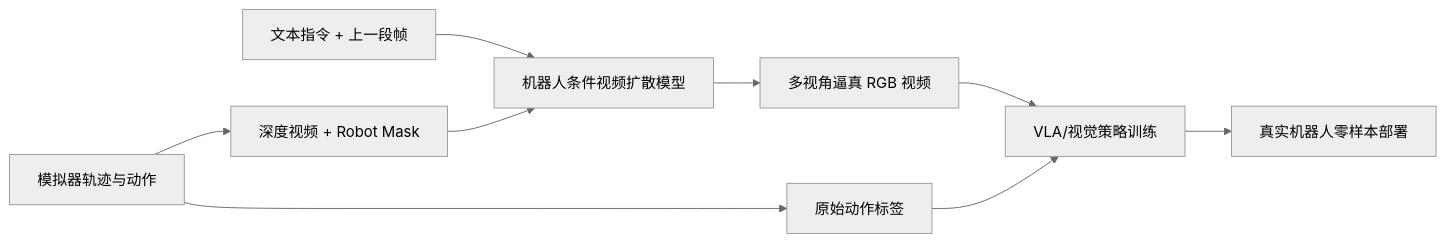
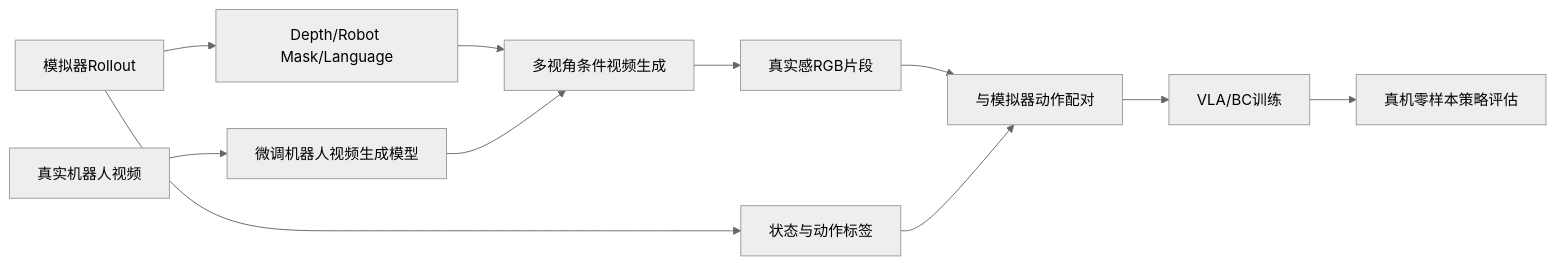
Before and after one commit to AforestSong/Sim2Real-Frontier-Survey: the fourth of 13 diagrams in docs/Sim2Real_前沿技术路线综述_2025-2026.md, drawn with Mermaid (neutral theme). The commit also changed other lines of this file and 7 other files, not shown here.

````diff
--- a/docs/Sim2Real_前沿技术路线综述_2025-2026.md
+++ b/docs/Sim2Real_前沿技术路线综述_2025-2026.md
@@ -141,11 +215,13 @@
 ```mermaid
 flowchart LR
- A[模拟器轨迹与动作] --> B[深度视频 + Robot Mask]
- C[文本指令 + 上一段帧] --> D[机器人条件视频扩散模型]
- B --> D
- D --> E[多视角逼真 RGB 视频]
- A --> F[原始动作标签]
- E --> G[VLA/视觉策略训练]
- F --> G
- G --> H[真实机器人零样本部署]
+ A[模拟器Rollout] --> B[Depth/Robot Mask/Language]
+ A --> C[状态与动作标签]
+ D[真实机器人视频] --> E[微调机器人视频生成模型]
+ B --> F[多视角条件视频生成]
+ E --> F
+ F --> G[真实感RGB片段]
+ G --> H[与模拟器动作配对]
+ C --> H
+ H --> I[VLA/BC训练]
+ I --> J[真机零样本策略评估]
 ```
````
